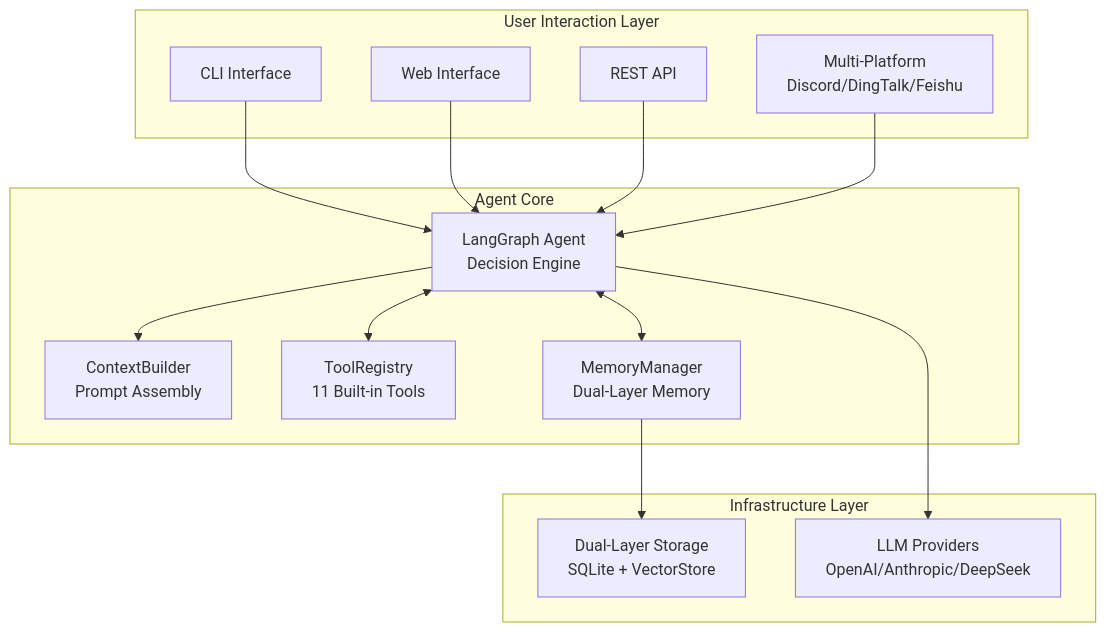
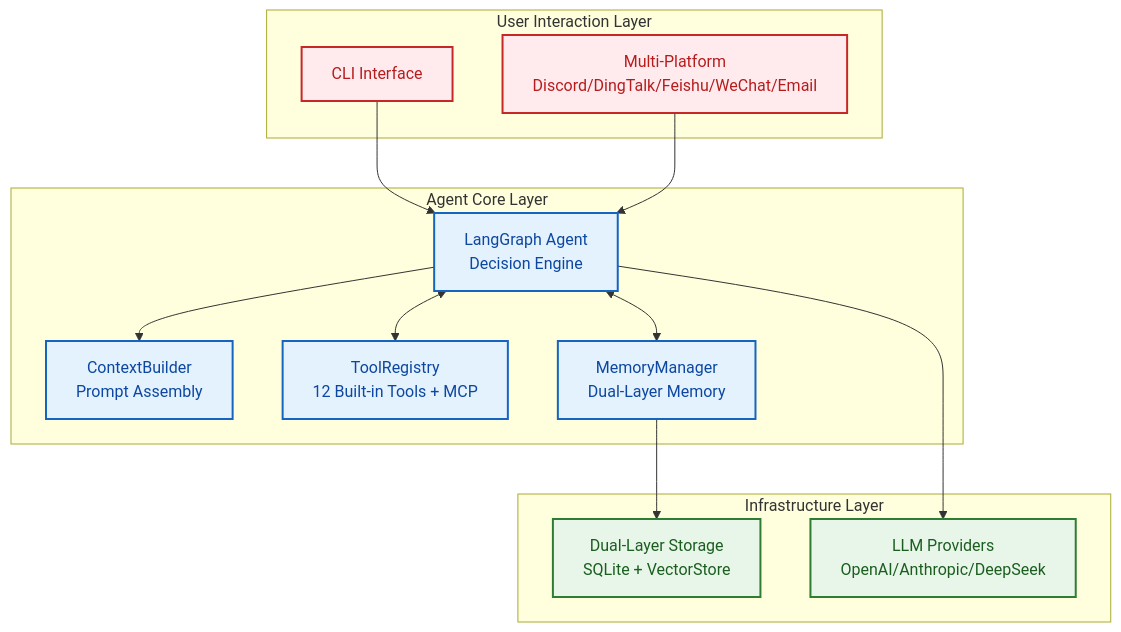
Before and after one commit to xt765/FinchBot: the second of 8 diagrams in docs/en-US/blog/finchbot-flexible-ai-agent-framework.md, drawn with Mermaid. The commit also changed other lines of this file and 63 other files, not shown here.

````diff
--- a/docs/en-US/blog/finchbot-flexible-ai-agent-framework.md
+++ b/docs/en-US/blog/finchbot-flexible-ai-agent-framework.md
@@ -149,33 +144,33 @@
 ```mermaid
 graph TB
+    classDef uiLayer fill:#ffebee,stroke:#c62828,stroke-width:2px,color:#b71c1c;
+    classDef coreLayer fill:#e3f2fd,stroke:#1565c0,stroke-width:2px,color:#0d47a1;
+    classDef infraLayer fill:#e8f5e9,stroke:#2e7d32,stroke-width:2px,color:#1b5e20;
+
     subgraph UI [User Interaction Layer]
-        CLI[CLI Interface]
-        Web[Web Interface]
-        API[REST API]
-        Channels[Multi-Platform<br/>Discord/DingTalk/Feishu]
+        CLI[CLI Interface]:::uiLayer
+        Channels[Multi-Platform<br/>Discord/DingTalk/Feishu/WeChat/Email]:::uiLayer
     end
 
-    subgraph Core [Agent Core]
-        Agent[LangGraph Agent<br/>Decision Engine]
-        Context[ContextBuilder<br/>Prompt Assembly]
-        Tools[ToolRegistry<br/>11 Built-in Tools]
-        Memory[MemoryManager<br/>Dual-Layer Memory]
+    subgraph Core [Agent Core Layer]
+        Agent[LangGraph Agent<br/>Decision Engine]:::coreLayer
+        Context[ContextBuilder<br/>Prompt Assembly]:::coreLayer
+        Tools[ToolRegistry<br/>12 Built-in Tools + MCP]:::coreLayer
+        Memory[MemoryManager<br/>Dual-Layer Memory]:::coreLayer
     end
 
     subgraph Infra [Infrastructure Layer]
-        Storage[Dual-Layer Storage<br/>SQLite + VectorStore]
-        LLM[LLM Providers<br/>OpenAI/Anthropic/DeepSeek]
+        Storage[Dual-Layer Storage<br/>SQLite + VectorStore]:::infraLayer
+        LLM[LLM Providers<br/>OpenAI/Anthropic/DeepSeek]:::infraLayer
     end
 
     CLI --> Agent
-    Web --> Agent
-    API --> Agent
     Channels --> Agent
 
     Agent --> Context
     Agent <--> Tools
     Agent <--> Memory
 
     Memory --> Storage
     Agent --> LLM
 ```
````
